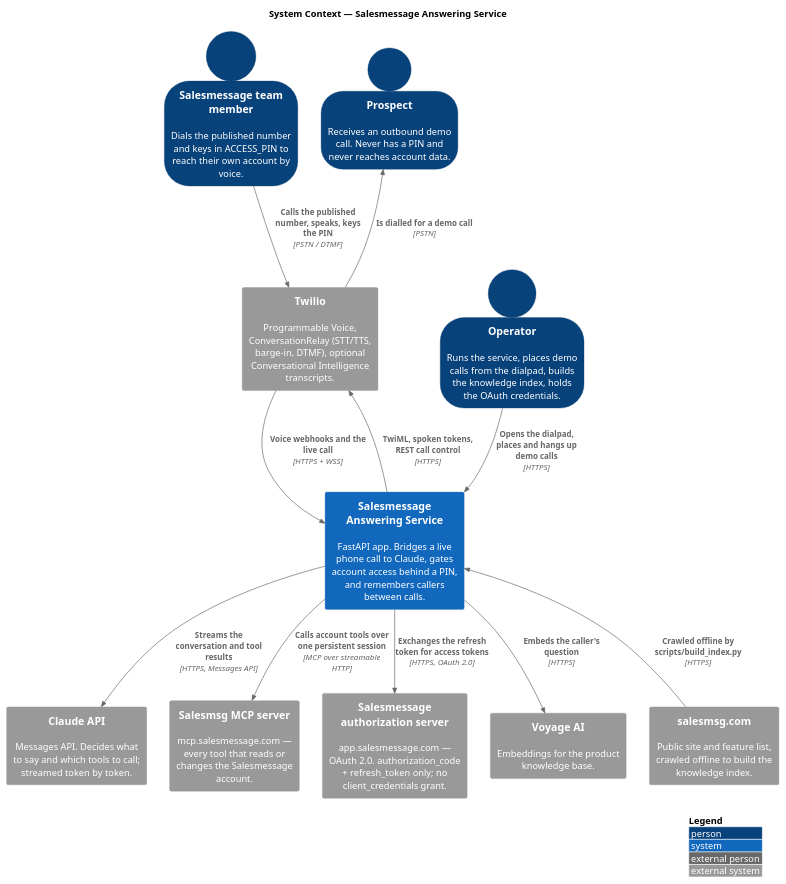
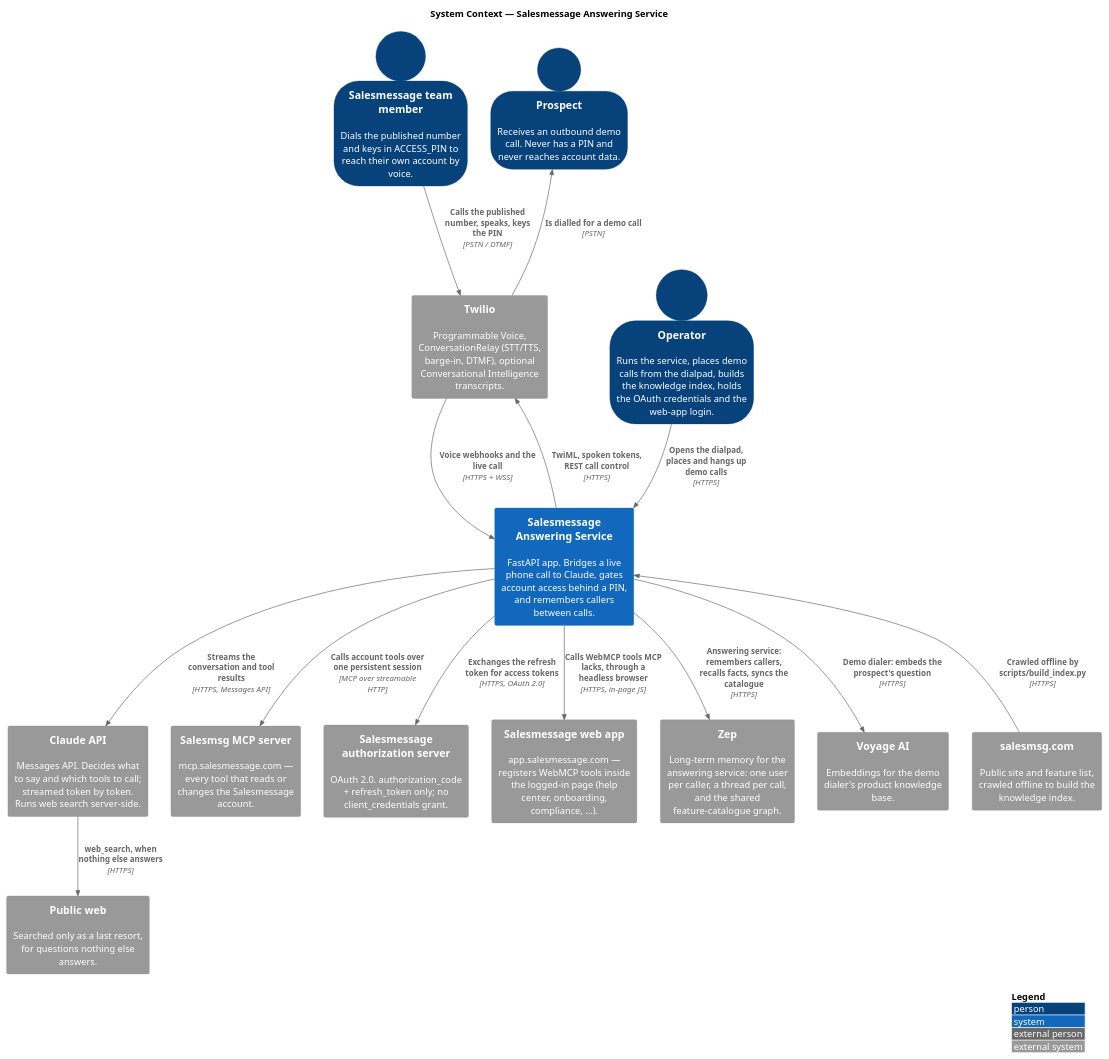
The diagram in docs/c4-1-context.puml (ssunduko/ConversationRelayAgent), drawn with PlantUML before and after one commit. The commit also changed 4 other files, not shown here.

First line of the commit message:
Update C4 diagrams for Zep memory and fallbacks

```diff
--- a/docs/c4-1-context.puml
+++ b/docs/c4-1-context.puml
@@ -1,37 +1,43 @@
 @startuml c4-1-context
 ' C4 Level 1 — System Context
 ' Render:  plantuml docs/c4-1-context.puml
 !include <C4/C4_Context>
 
 LAYOUT_WITH_LEGEND()
 SHOW_PERSON_OUTLINE()
 
 title System Context — Salesmessage Answering Service
 
 Person(member, "Salesmessage team member", "Dials the published number and keys in ACCESS_PIN to reach their own account by voice.")
 Person(prospect, "Prospect", "Receives an outbound demo call. Never has a PIN and never reaches account data.")
-Person(operator, "Operator", "Runs the service, places demo calls from the dialpad, builds the knowledge index, holds the OAuth credentials.")
+Person(operator, "Operator", "Runs the service, places demo calls from the dialpad, builds the knowledge index, holds the OAuth credentials and the web-app login.")
 
 System(relay, "Salesmessage Answering Service", "FastAPI app. Bridges a live phone call to Claude, gates account access behind a PIN, and remembers callers between calls.")
 
 System_Ext(twilio, "Twilio", "Programmable Voice, ConversationRelay (STT/TTS, barge-in, DTMF), optional Conversational Intelligence transcripts.")
-System_Ext(claude, "Claude API", "Messages API. Decides what to say and which tools to call; streamed token by token.")
+System_Ext(claude, "Claude API", "Messages API. Decides what to say and which tools to call; streamed token by token. Runs web search server-side.")
 System_Ext(salesmsg, "Salesmsg MCP server", "mcp.salesmessage.com — every tool that reads or changes the Salesmessage account.")
-System_Ext(salesmsg_as, "Salesmessage authorization server", "app.salesmessage.com — OAuth 2.0. authorization_code + refresh_token only; no client_credentials grant.")
-System_Ext(voyage, "Voyage AI", "Embeddings for the product knowledge base.")
+System_Ext(salesmsg_as, "Salesmessage authorization server", "OAuth 2.0. authorization_code + refresh_token only; no client_credentials grant.")
+System_Ext(webapp, "Salesmessage web app", "app.salesmessage.com — registers WebMCP tools inside the logged-in page (help center, onboarding, compliance, ...).")
+System_Ext(zep, "Zep", "Long-term memory for the answering service: one user per caller, a thread per call, and the shared feature-catalogue graph.")
+System_Ext(web, "Public web", "Searched only as a last resort, for questions nothing else answers.")
+System_Ext(voyage, "Voyage AI", "Embeddings for the demo dialer's product knowledge base.")
 System_Ext(website, "salesmsg.com", "Public site and feature list, crawled offline to build the knowledge index.")
 
 Rel(member, twilio, "Calls the published number, speaks, keys the PIN", "PSTN / DTMF")
 Rel_Back(prospect, twilio, "Is dialled for a demo call", "PSTN")
 Rel(operator, relay, "Opens the dialpad, places and hangs up demo calls", "HTTPS")
 
 Rel(twilio, relay, "Voice webhooks and the live call", "HTTPS + WSS")
 Rel(relay, twilio, "TwiML, spoken tokens, REST call control", "HTTPS")
 
 Rel(relay, claude, "Streams the conversation and tool results", "HTTPS, Messages API")
+Rel(claude, web, "web_search, when nothing else answers", "HTTPS")
 Rel(relay, salesmsg, "Calls account tools over one persistent session", "MCP over streamable HTTP")
 Rel(relay, salesmsg_as, "Exchanges the refresh token for access tokens", "HTTPS, OAuth 2.0")
-Rel(relay, voyage, "Embeds the caller's question", "HTTPS")
+Rel(relay, webapp, "Calls WebMCP tools MCP lacks, through a headless browser", "HTTPS, in-page JS")
+Rel(relay, zep, "Answering service: remembers callers, recalls facts, syncs the catalogue", "HTTPS")
+Rel(relay, voyage, "Demo dialer: embeds the prospect's question", "HTTPS")
 Rel_Back(relay, website, "Crawled offline by scripts/build_index.py", "HTTPS")
 
 @enduml
```
